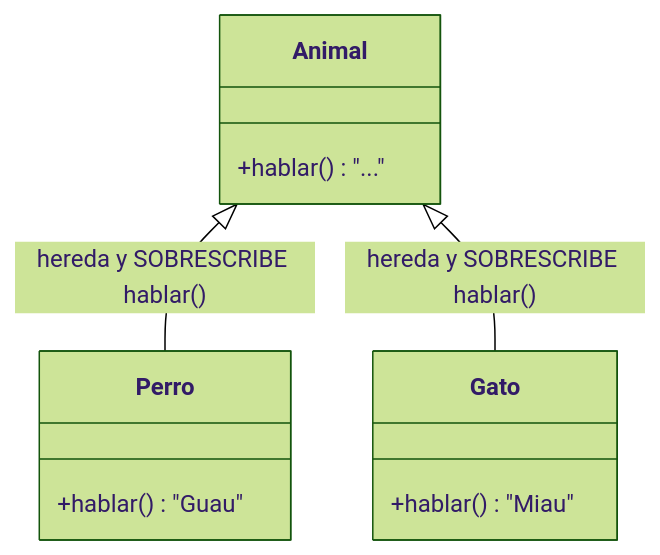
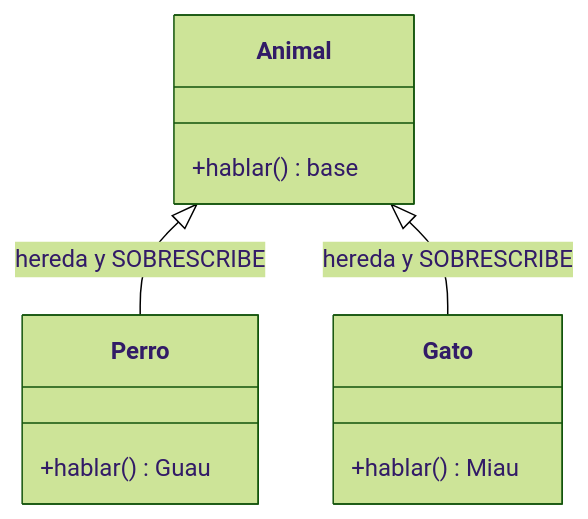
Before and after one commit to ccastro2050/proyecto_php_sin_docker: the third of 5 diagrams in docs/PARADIGMA_POO.md, drawn with Mermaid (forest theme). The commit also changed other lines of this file, not shown here.

Commit message:
PARADIGMA_POO: sintaxis Mermaid corregida en herencia vs composición (dos puntos dobles en etiquetas de flecha rompían el render en GitHub)

````diff
--- a/docs/PARADIGMA_POO.md
+++ b/docs/PARADIGMA_POO.md
@@ -167,8 +167,8 @@
 ```mermaid
 classDiagram
-    Animal <|-- Perro : hereda y SOBRESCRIBE hablar()
-    Animal <|-- Gato : hereda y SOBRESCRIBE hablar()
-    class Animal { +hablar() "..." }
-    class Perro { +hablar() "Guau" }
-    class Gato { +hablar() "Miau" }
+    Animal <|-- Perro : hereda y SOBRESCRIBE
+    Animal <|-- Gato : hereda y SOBRESCRIBE
+    class Animal { +hablar() base }
+    class Perro { +hablar() Guau }
+    class Gato { +hablar() Miau }
 ```
````
